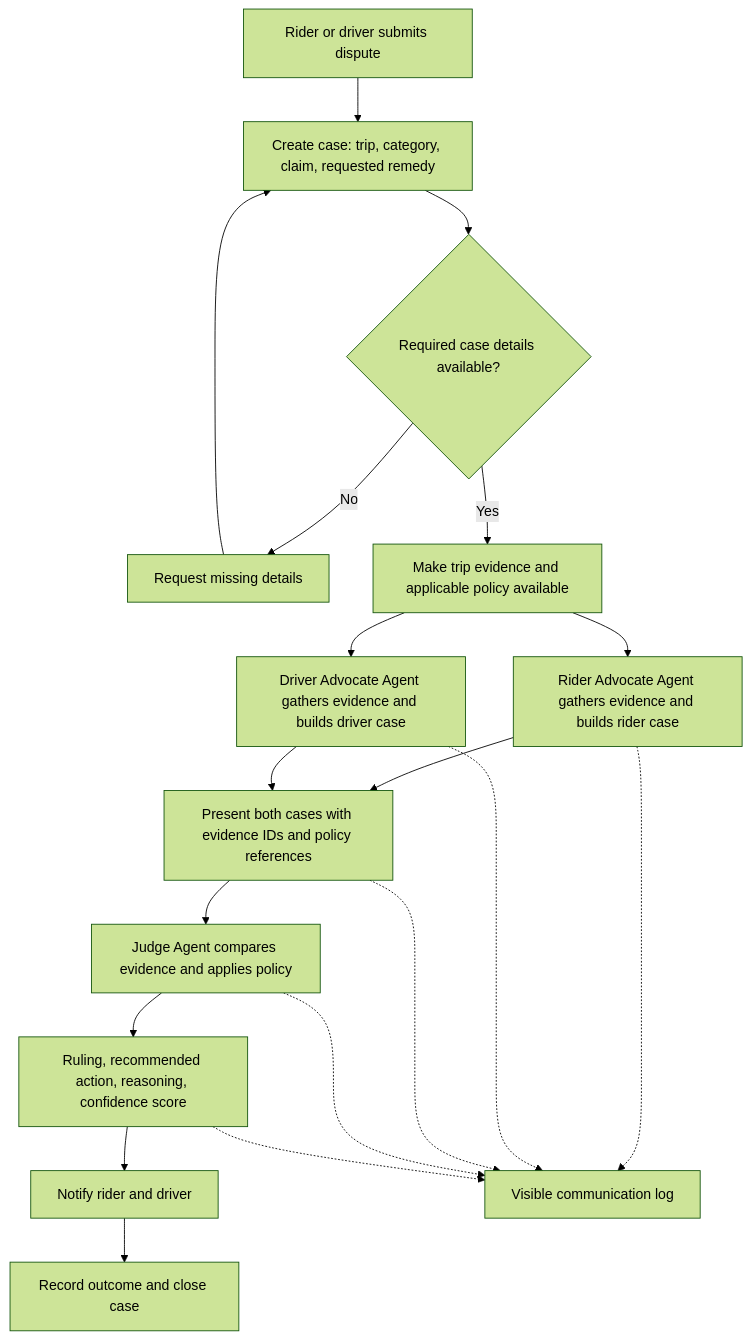
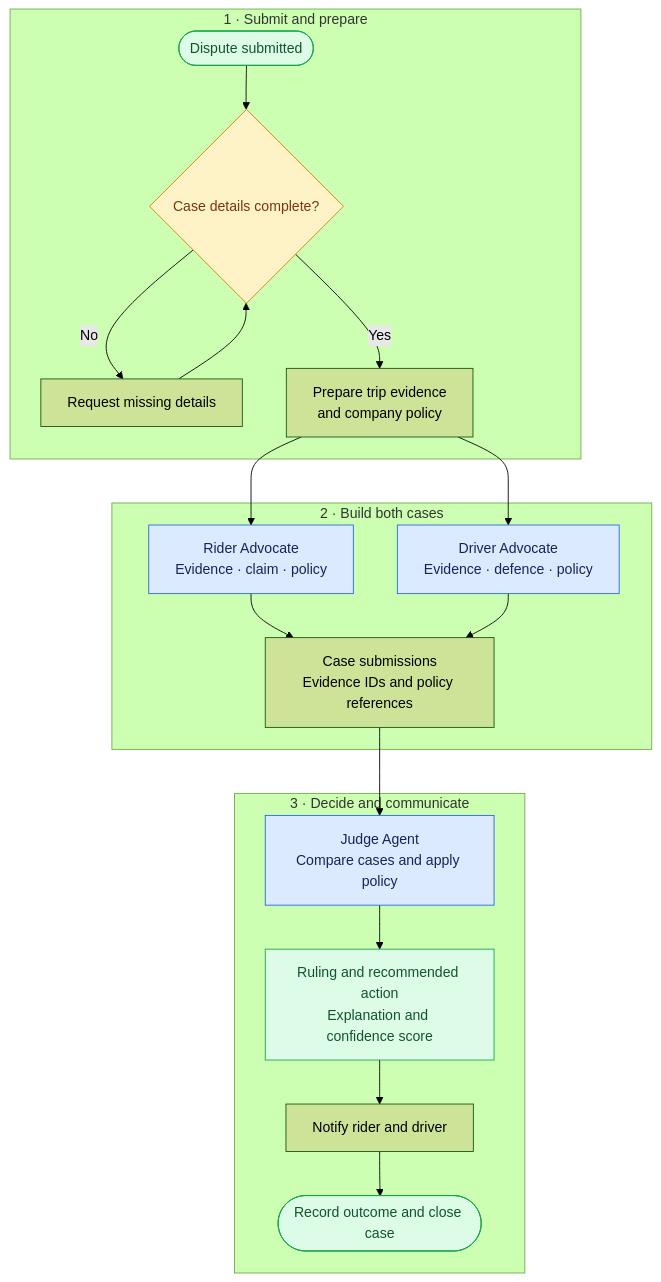
One commit to Bread04/Tencent-AI-Cloud-Hackathon changed the first of 3 diagrams in workflow.md. Above: the diagram before and after it, drawn with Mermaid (forest theme). The commit also changed other lines of this file, not shown here.

````diff
--- a/workflow.md
+++ b/workflow.md
@@ -20,23 +20,36 @@
 ```mermaid
-flowchart TD
-    A["Rider or driver submits dispute"] --> B["Create case: trip, category, claim, requested remedy"]
-    B --> C{"Required case details available?"}
-    C -->|No| D["Request missing details"]
-    D --> B
-    C -->|Yes| E["Make trip evidence and applicable policy available"]
+flowchart TB
+    subgraph INTAKE["1 · Submit and prepare"]
+        A(["Dispute submitted"]) --> B{"Case details complete?"}
+        B -->|No| C["Request missing details"]
+        C --> B
+        B -->|Yes| E["Prepare trip evidence<br/>and company policy"]
+    end
 
-    E --> R["Rider Advocate Agent gathers evidence and builds rider case"]
-    E --> V["Driver Advocate Agent gathers evidence and builds driver case"]
-    R --> P["Present both cases with evidence IDs and policy references"]
-    V --> P
-    P --> J["Judge Agent compares evidence and applies policy"]
-    J --> O["Ruling, recommended action, reasoning, confidence score"]
-    O --> N["Notify rider and driver"]
-    N --> Z["Record outcome and close case"]
+    subgraph CASES["2 · Build both cases"]
+        R["Rider Advocate<br/>Evidence · claim · policy"]
+        D["Driver Advocate<br/>Evidence · defence · policy"]
+        P["Case submissions<br/>Evidence IDs and policy references"]
+        R --> P
+        D --> P
+    end
 
-    R -.-> L["Visible communication log"]
-    V -.-> L
-    P -.-> L
-    J -.-> L
-    O -.-> L
+    subgraph DECISION["3 · Decide and communicate"]
+        J["Judge Agent<br/>Compare cases and apply policy"]
+        O["Ruling and recommended action<br/>Explanation and confidence score"]
+        N["Notify rider and driver"]
+        Z(["Record outcome and close case"])
+        J --> O --> N --> Z
+    end
+
+    E --> R
+    E --> D
+    P --> J
+
+    classDef agent fill:#dbeafe,stroke:#2563eb,color:#172554
+    classDef decision fill:#fef3c7,stroke:#d97706,color:#78350f
+    classDef outcome fill:#dcfce7,stroke:#16a34a,color:#14532d
+    class R,D,J agent
+    class B decision
+    class A,O,Z outcome
 ```
````
